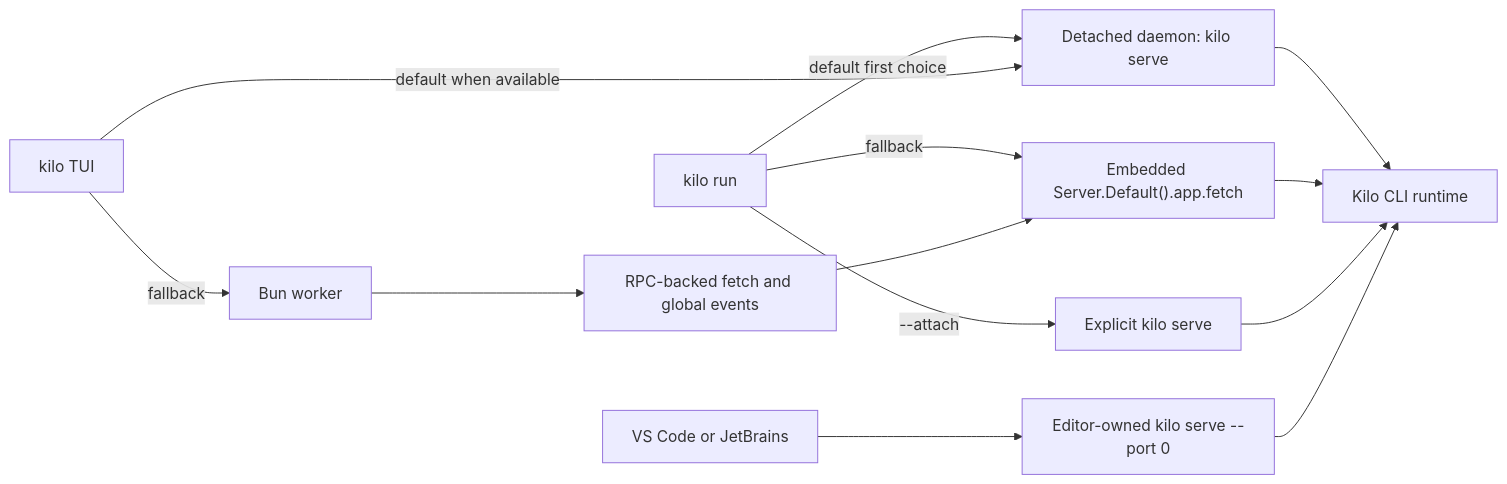
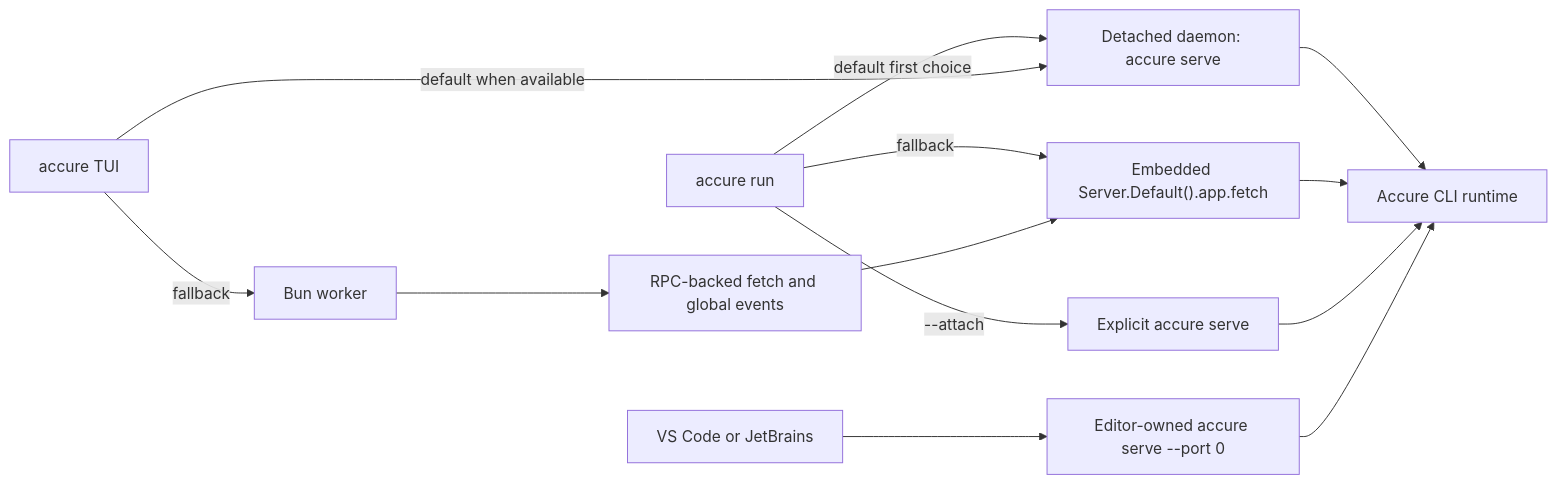
Before and after one commit to Accure-Inc/accure-code: the first of 2 diagrams in packages/accure-docs/pages/contributing/architecture/cli-runtime.md, drawn with Mermaid. The commit also changed other lines of this file and 2711 other files, not shown here.

Commit message:
feat: initialize core workspace architecture and component configuration

````diff
--- a/packages/accure-docs/pages/contributing/architecture/cli-runtime.md
+++ b/packages/accure-docs/pages/contributing/architecture/cli-runtime.md
@@ -45,24 +45,24 @@
 ```mermaid
 flowchart LR
-  run["kilo run"]
-  tui["kilo TUI"]
-  daemon["Detached daemon: kilo serve"]
+  run["accure run"]
+  tui["accure TUI"]
+  daemon["Detached daemon: accure serve"]
   worker["Bun worker"]
   rpc["RPC-backed fetch and global events"]
   embedded["Embedded Server.Default().app.fetch"]
-  serve["Explicit kilo serve"]
+  serve["Explicit accure serve"]
   editors["VS Code or JetBrains"]
-  editorServer["Editor-owned kilo serve --port 0"]
-  runtime["Kilo CLI runtime"]
+  editorServer["Editor-owned accure serve --port 0"]
+  runtime["Accure CLI runtime"]
 
   run -->|"default first choice"| daemon
   run -->|"fallback"| embedded
   run -->|"--attach"| serve
   tui -->|"default when available"| daemon
   tui -->|"fallback"| worker --> rpc --> embedded
   editors --> editorServer
   daemon --> runtime
   embedded --> runtime
   serve --> runtime
   editorServer --> runtime
 ```
````
